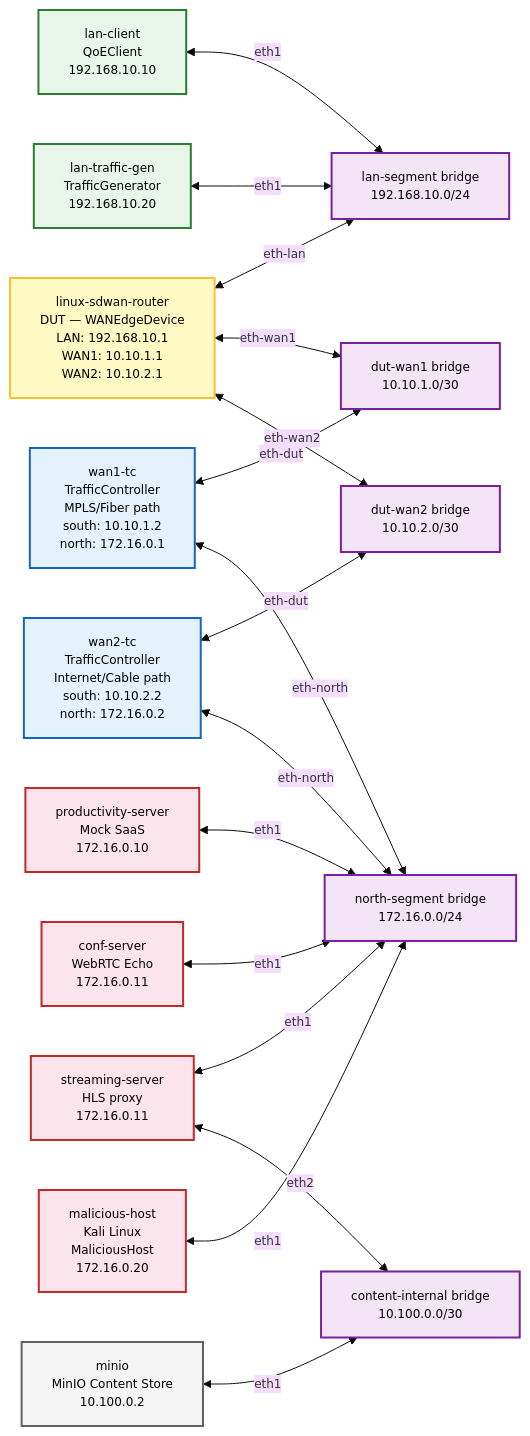
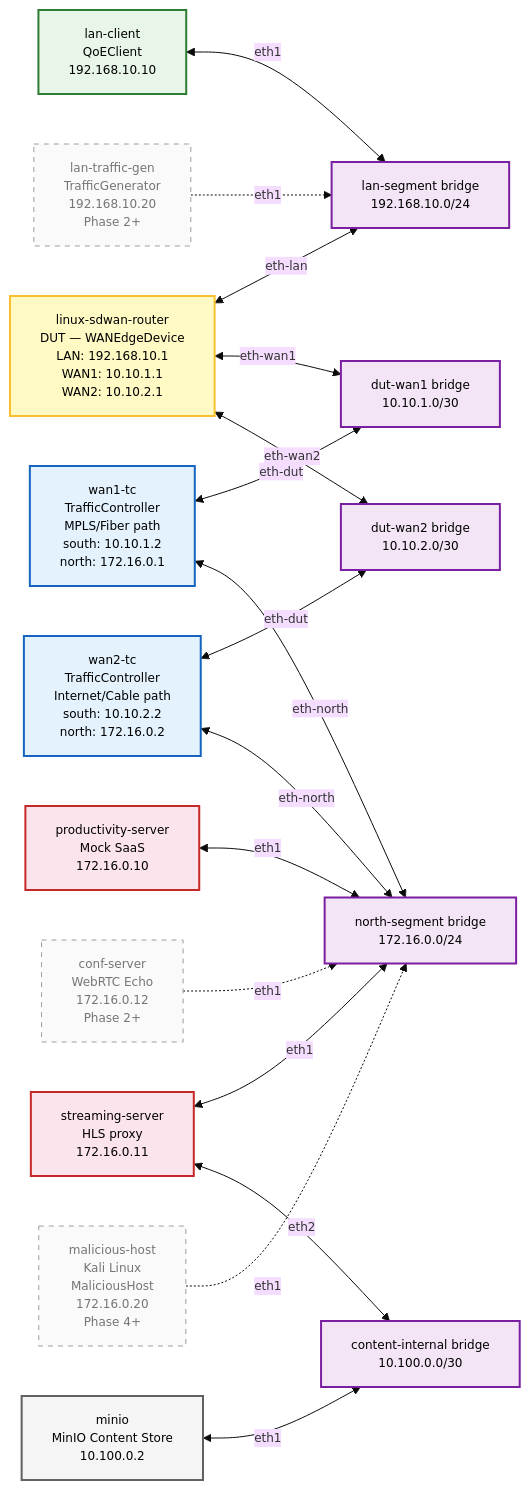
One commit to alottabits/boardfarm-bdd changed the second of 2 diagrams in docs/SDWAN_Testbed_Configuration.md. Above: the diagram before and after it, drawn with Mermaid. The commit also changed other lines of this file and 26 other files, not shown here.

Commit message:
Updated dual WAN testbed configuration and documentation, including enhancements to the SD-WAN router, traffic controllers, and QoE client. Adjusted IP addresses and added traffic metrics for WAN interfaces. Improved architecture documentation for clarity on component roles and configurations.

````diff
--- a/docs/SDWAN_Testbed_Configuration.md
+++ b/docs/SDWAN_Testbed_Configuration.md
@@ -120,71 +114,74 @@
 ```mermaid
 %%{init: {'theme': 'base', 'themeVariables': { 'fontSize': '12px', 'fontFamily': 'arial' }}}%%
 graph LR
     %% --- LAN SIDE ---
     LAN_CLIENT[lan-client<br/>QoEClient<br/>192.168.10.10]
-    LAN_GEN[lan-traffic-gen<br/>TrafficGenerator<br/>192.168.10.20]
+    LAN_GEN[lan-traffic-gen<br/>TrafficGenerator<br/>192.168.10.20<br/>Phase 2+]
 
     %% --- OVS BRIDGES ---
     BR_LAN[lan-segment bridge<br/>192.168.10.0/24]
     BR_WAN1[dut-wan1 bridge<br/>10.10.1.0/30]
     BR_WAN2[dut-wan2 bridge<br/>10.10.2.0/30]
     BR_NORTH[north-segment bridge<br/>172.16.0.0/24]
     BR_CONTENT[content-internal bridge<br/>10.100.0.0/30]
 
     %% --- DUT ---
     DUT[linux-sdwan-router<br/>DUT — WANEdgeDevice<br/>LAN: 192.168.10.1<br/>WAN1: 10.10.1.1<br/>WAN2: 10.10.2.1]
 
     %% --- TRAFFIC CONTROLLERS ---
     TC1[wan1-tc<br/>TrafficController<br/>MPLS/Fiber path<br/>south: 10.10.1.2<br/>north: 172.16.0.1]
     TC2[wan2-tc<br/>TrafficController<br/>Internet/Cable path<br/>south: 10.10.2.2<br/>north: 172.16.0.2]
 
     %% --- NORTH SIDE SERVICES ---
     PROD[productivity-server<br/>Mock SaaS<br/>172.16.0.10]
     STREAM[streaming-server<br/>HLS proxy<br/>172.16.0.11]
-    CONF[conf-server<br/>WebRTC Echo<br/>172.16.0.11]
-    MAL[malicious-host<br/>Kali Linux<br/>MaliciousHost<br/>172.16.0.20]
+    CONF[conf-server<br/>WebRTC Echo<br/>172.16.0.12<br/>Phase 2+]
+    MAL[malicious-host<br/>Kali Linux<br/>MaliciousHost<br/>172.16.0.20<br/>Phase 4+]
 
     %% --- CONTENT ORIGIN ---
     MINIO[minio<br/>MinIO Content Store<br/>10.100.0.2]
 
     %% --- LAN CONNECTIONS ---
     LAN_CLIENT <-->|eth1| BR_LAN
-    LAN_GEN <-->|eth1| BR_LAN
+    LAN_GEN -. eth1 .-> BR_LAN
     DUT <-->|eth-lan| BR_LAN
 
     %% --- DUT-to-TC CONNECTIONS ---
     DUT <-->|eth-wan1| BR_WAN1
     TC1 <-->|eth-dut| BR_WAN1
 
     DUT <-->|eth-wan2| BR_WAN2
     TC2 <-->|eth-dut| BR_WAN2
 
     %% --- TC-to-NORTH CONNECTIONS ---
     TC1 <-->|eth-north| BR_NORTH
     TC2 <-->|eth-north| BR_NORTH
 
     %% --- NORTH-SIDE CONNECTIONS ---
     PROD <-->|eth1| BR_NORTH
     STREAM <-->|eth1| BR_NORTH
-    CONF <-->|eth1| BR_NORTH
-    MAL <-->|eth1| BR_NORTH
+    CONF -. eth1 .-> BR_NORTH
+    MAL -. eth1 .-> BR_NORTH
 
     %% --- CONTENT-INTERNAL CONNECTIONS ---
     STREAM <-->|eth2| BR_CONTENT
     MINIO <-->|eth1| BR_CONTENT
 
     %% --- STYLING ---
     classDef dut fill:#fff9c4,stroke:#fbc02d,stroke-width:2px,color:black
     classDef tc fill:#e3f2fd,stroke:#1565c0,stroke-width:2px,color:black
     classDef client fill:#e8f5e9,stroke:#2e7d32,stroke-width:2px,color:black
     classDef north fill:#fce4ec,stroke:#c62828,stroke-width:2px,color:black
+    classDef planned fill:#fafafa,stroke:#9e9e9e,stroke-width:1px,stroke-dasharray:5 5,color:#757575
     classDef bridge fill:#f3e5f5,stroke:#7b1fa2,stroke-width:2px,color:black
     classDef infra fill:#f5f5f5,stroke:#616161,stroke-width:2px,color:black
 
     class DUT dut
     class TC1,TC2 tc
-    class LAN_CLIENT,LAN_GEN client
-    class PROD,STREAM,CONF,MAL north
+    class LAN_CLIENT client
+    class LAN_GEN planned
+    class PROD,STREAM north
+    class CONF,MAL planned
     class BR_LAN,BR_WAN1,BR_WAN2,BR_NORTH,BR_CONTENT bridge
     class MINIO infra
 ```
````
